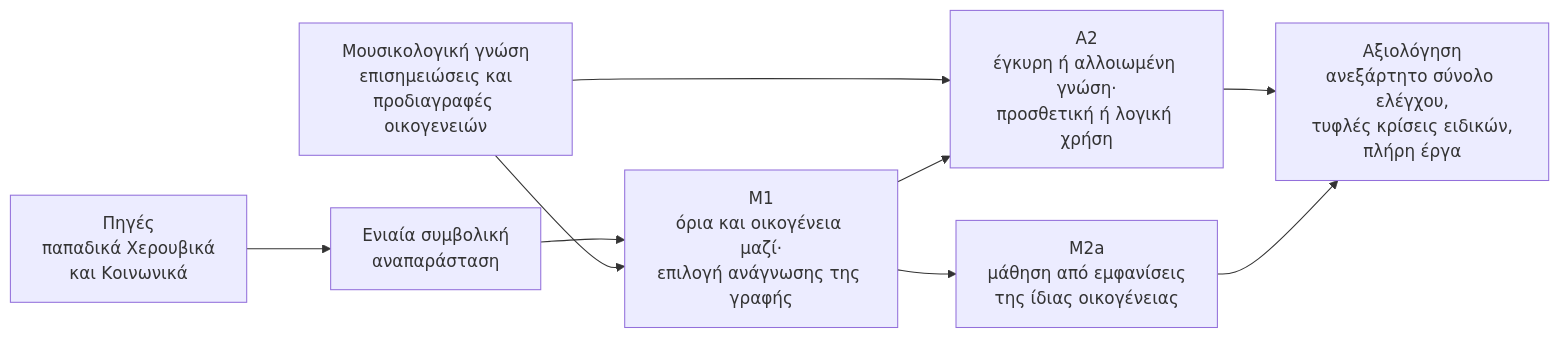
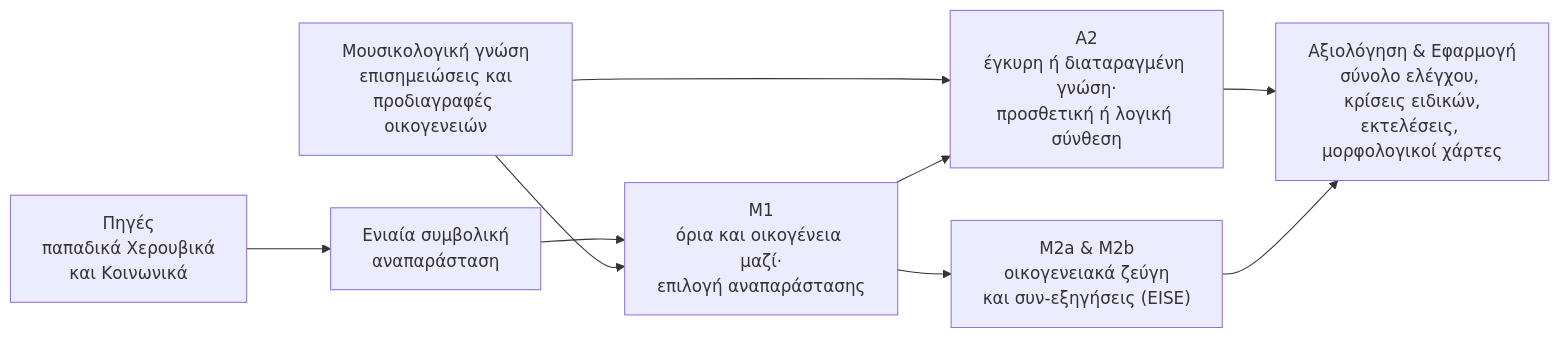
The diagram in docs/start/research-summary.md (GeorgeSpy/byz-position-phd-study), drawn with Mermaid before and after one commit. The commit also changed other lines of this file, not shown here.

````diff
--- a/docs/start/research-summary.md
+++ b/docs/start/research-summary.md
@@ -73,12 +71,12 @@
 ```mermaid
 flowchart LR
   K["Μουσικολογική γνώση<br/>επισημειώσεις και<br/>προδιαγραφές οικογενειών"]
   S["Πηγές<br/>παπαδικά Χερουβικά<br/>και Κοινωνικά"] --> R["Ενιαία συμβολική<br/>αναπαράσταση"]
-  R --> M1["Μ1<br/>όρια και οικογένεια μαζί·<br/>επιλογή ανάγνωσης της γραφής"]
+  R --> M1["Μ1<br/>όρια και οικογένεια μαζί·<br/>επιλογή αναπαράστασης"]
   K --> M1
   K --> A2
-  M1 --> A2["Α2<br/>έγκυρη ή αλλοιωμένη γνώση·<br/>προσθετική ή λογική χρήση"]
-  M1 --> M2["Μ2a<br/>μάθηση από εμφανίσεις<br/>της ίδιας οικογένειας"]
-  A2 --> E["Αξιολόγηση<br/>ανεξάρτητο σύνολο ελέγχου,<br/>τυφλές κρίσεις ειδικών,<br/>πλήρη έργα"]
+  M1 --> A2["Α2<br/>έγκυρη ή διαταραγμένη γνώση·<br/>προσθετική ή λογική σύνθεση"]
+  M1 --> M2["Μ2a & Μ2b<br/>οικογενειακά ζεύγη<br/>και συν-εξηγήσεις (EISE)"]
+  A2 --> E["Αξιολόγηση & Εφαρμογή<br/>σύνολο ελέγχου, κρίσεις ειδικών,<br/>εκτελέσεις, μορφολογικοί χάρτες"]
   M2 --> E
 ```
````
